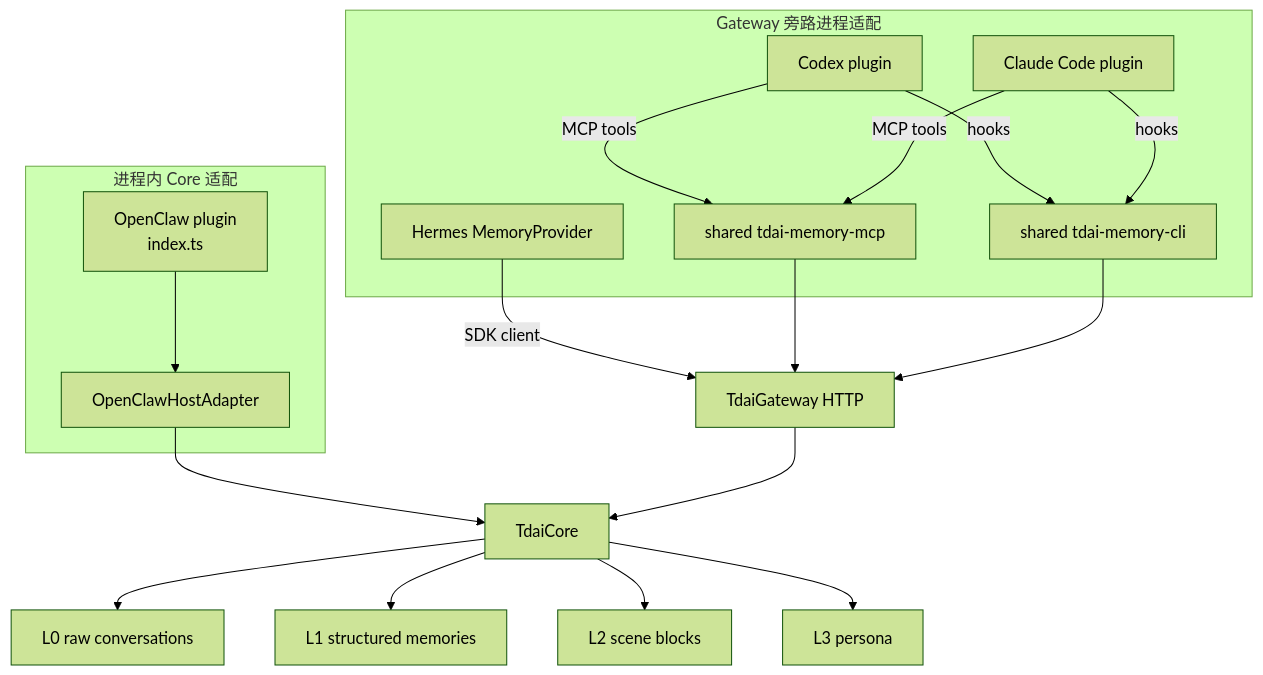
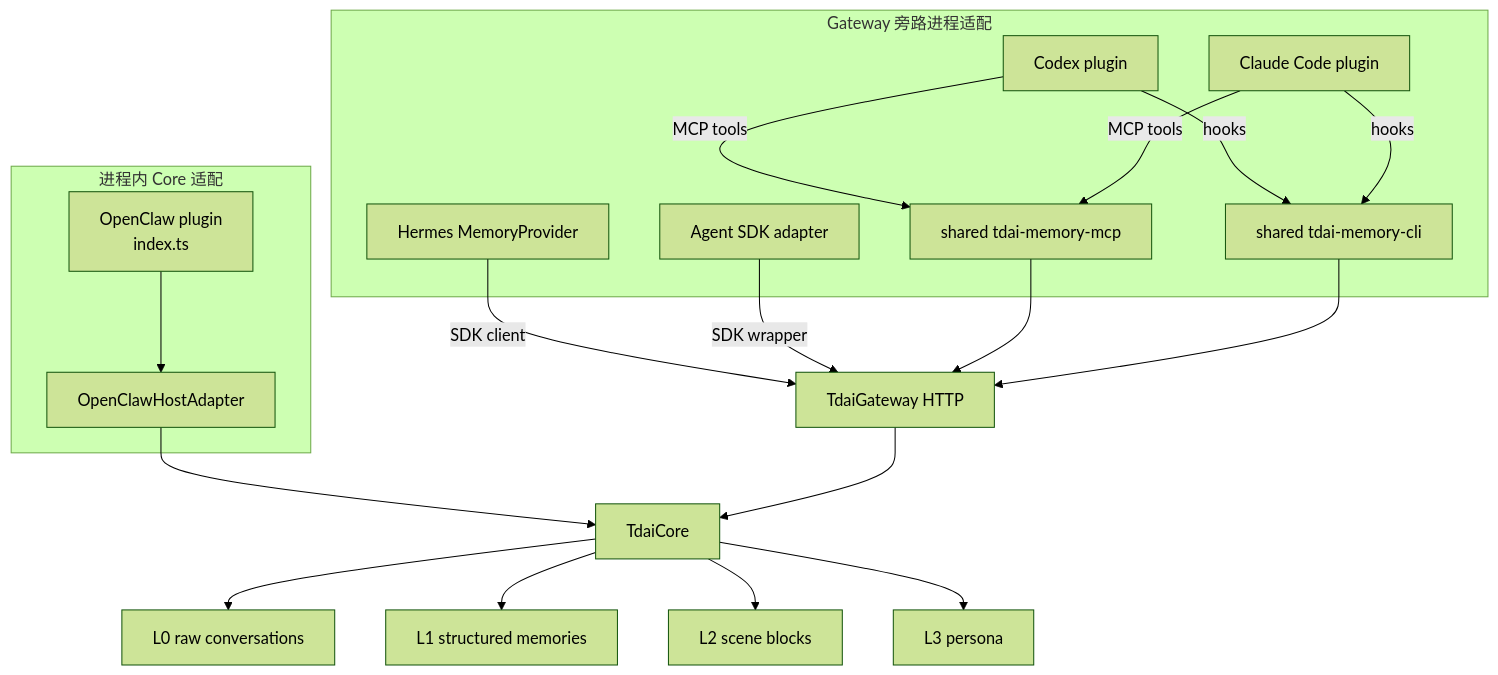
One commit to soongao/TencentDB-Agent-Memory changed the first of 3 diagrams in Rhino-Bird/platform-adapters/00-platform-adapter-comparison.md. Above: the diagram before and after it, drawn with Mermaid (forest theme). The commit also changed other lines of this file and 32 other files, not shown here.

Commit message:
add codex and claude code sdk adapter

````diff
--- a/Rhino-Bird/platform-adapters/00-platform-adapter-comparison.md
+++ b/Rhino-Bird/platform-adapters/00-platform-adapter-comparison.md
@@ -9,31 +9,33 @@
 ```mermaid
 flowchart TB
   subgraph Direct["进程内 Core 适配"]
     OpenClaw["OpenClaw plugin\nindex.ts"]
     OpenClawAdapter["OpenClawHostAdapter"]
   end
 
   subgraph Sidecar["Gateway 旁路进程适配"]
     Hermes["Hermes MemoryProvider"]
     Codex["Codex plugin"]
     Claude["Claude Code plugin"]
+    AgentSDK["Agent SDK adapter"]
     MCP["shared tdai-memory-mcp"]
     CLI["shared tdai-memory-cli"]
   end
 
   OpenClaw --> OpenClawAdapter --> Core["TdaiCore"]
 
   Hermes -->|"SDK client"| Gateway["TdaiGateway HTTP"]
   Codex -->|"MCP tools"| MCP
   Codex -->|"hooks"| CLI
   Claude -->|"MCP tools"| MCP
   Claude -->|"hooks"| CLI
+  AgentSDK -->|"SDK wrapper"| Gateway
   MCP --> Gateway
   CLI --> Gateway
   Gateway --> Core
 
   Core --> L0["L0 raw conversations"]
   Core --> L1["L1 structured memories"]
   Core --> L2["L2 scene blocks"]
   Core --> L3["L3 persona"]
 ```
````
